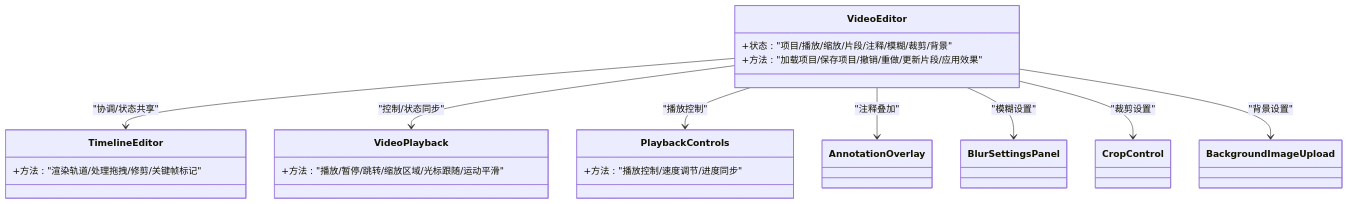
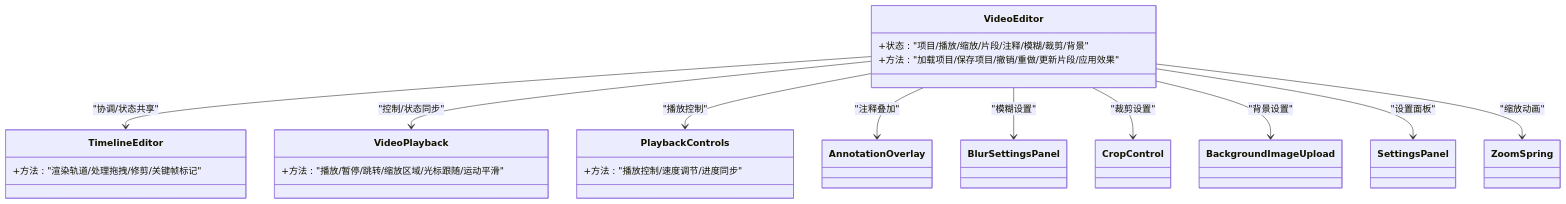
Before and after one commit to zhanggmin/openscreen: the third of 9 diagrams in .qoder/repowiki/zh/content/视频编辑系统/视频编辑系统.md, drawn with Mermaid. The commit also changed other lines of this file and 68 other files, not shown here.

Commit message:
开发图文编辑功能

````diff
--- a/.qoder/repowiki/zh/content/视频编辑系统/视频编辑系统.md
+++ b/.qoder/repowiki/zh/content/视频编辑系统/视频编辑系统.md
@@ -220,27 +259,31 @@
 ```mermaid
 classDiagram
 class VideoEditor {
 +状态 : "项目/播放/缩放/片段/注释/模糊/裁剪/背景"
 +方法 : "加载项目/保存项目/撤销/重做/更新片段/应用效果"
 }
 class TimelineEditor {
 +方法 : "渲染轨道/处理拖拽/修剪/关键帧标记"
 }
 class VideoPlayback {
 +方法 : "播放/暂停/跳转/缩放区域/光标跟随/运动平滑"
 }
 class PlaybackControls {
 +方法 : "播放控制/速度调节/进度同步"
 }
 class AnnotationOverlay
 class BlurSettingsPanel
 class CropControl
 class BackgroundImageUpload
+class SettingsPanel
+class ZoomSpring
 VideoEditor --> TimelineEditor : "协调/状态共享"
 VideoEditor --> VideoPlayback : "控制/状态同步"
 VideoEditor --> PlaybackControls : "播放控制"
 VideoEditor --> AnnotationOverlay : "注释叠加"
 VideoEditor --> BlurSettingsPanel : "模糊设置"
 VideoEditor --> CropControl : "裁剪设置"
 VideoEditor --> BackgroundImageUpload : "背景设置"
+VideoEditor --> SettingsPanel : "设置面板"
+VideoEditor --> ZoomSpring : "缩放动画"
 ```
````
